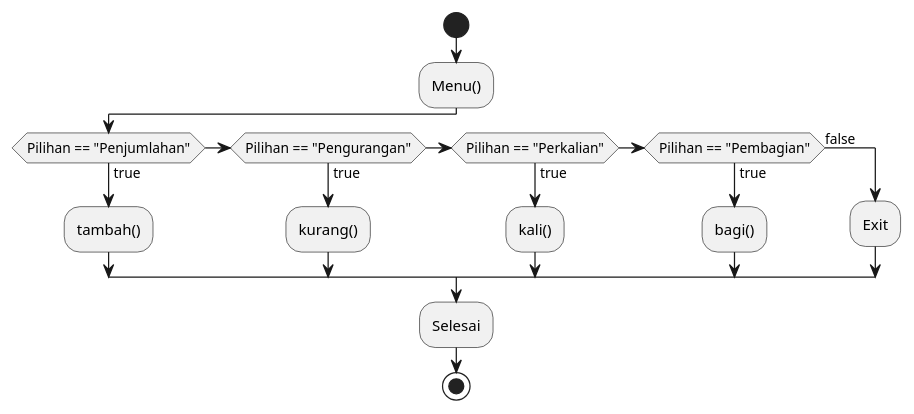
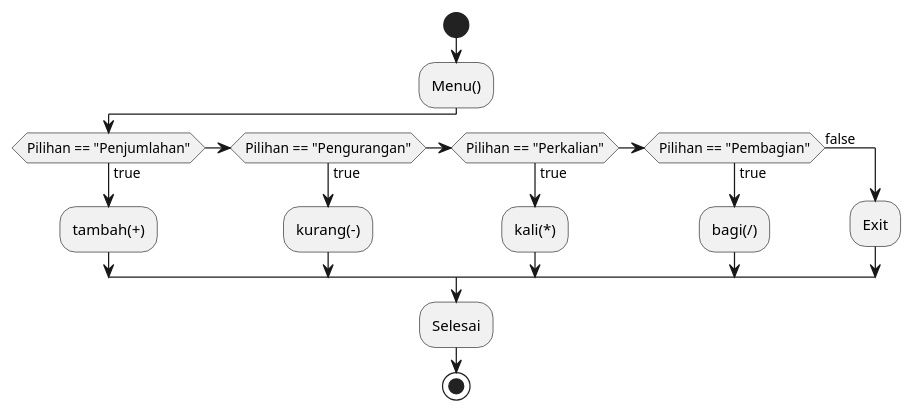
Before and after one commit to itszze/bhs_pemrograman: the diagram in UTS/soal7.puml, drawn with PlantUML.

```diff
--- a/UTS/soal7.puml
+++ b/UTS/soal7.puml
@@ -1,19 +1,19 @@
 @startuml
 
 start
 :Menu();
 if (Pilihan == "Penjumlahan") then (true)
-  :tambah();
+  :tambah(+);
 elseif (Pilihan == "Pengurangan") then (true)
-  :kurang();
+  :kurang(-);
 elseif (Pilihan == "Perkalian") then (true)
-  :kali();
+  :kali(*);
 elseif (Pilihan == "Pembagian") then (true)
-  :bagi();
+  :bagi(/);
 else (false)
   :Exit;
 endif
 :Selesai;
 stop
 
 @enduml
```
